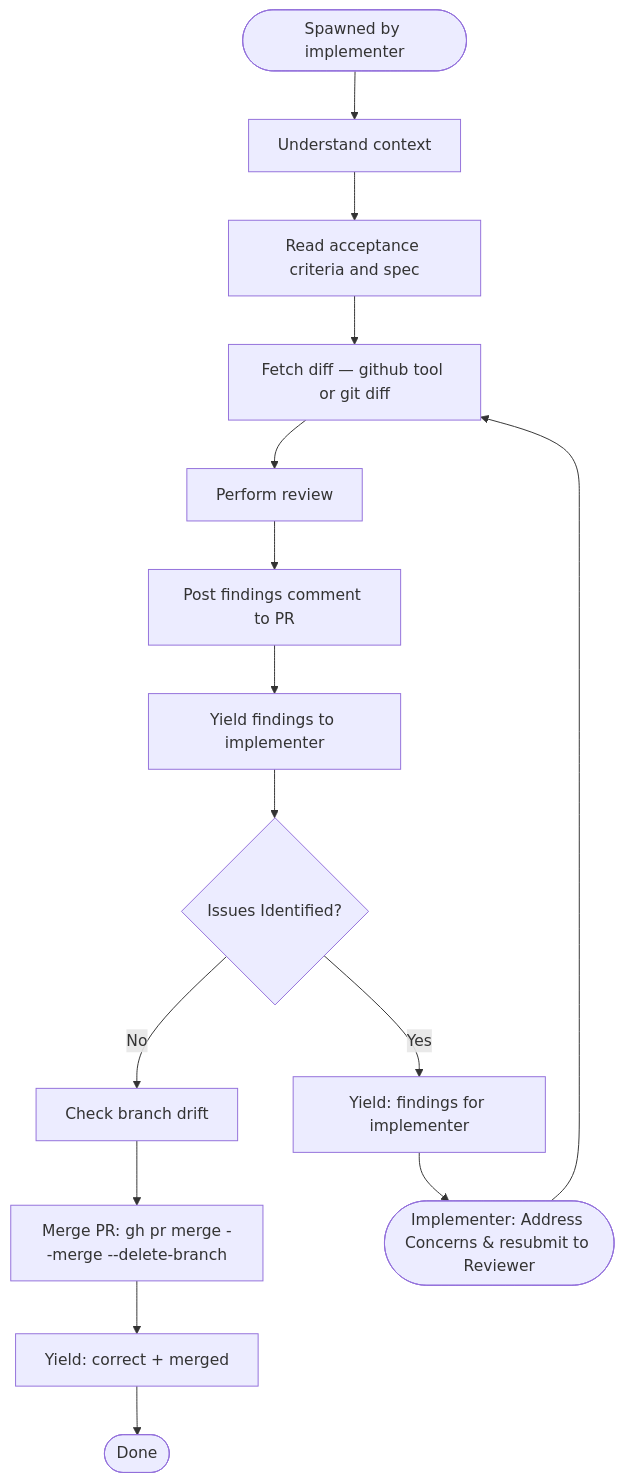
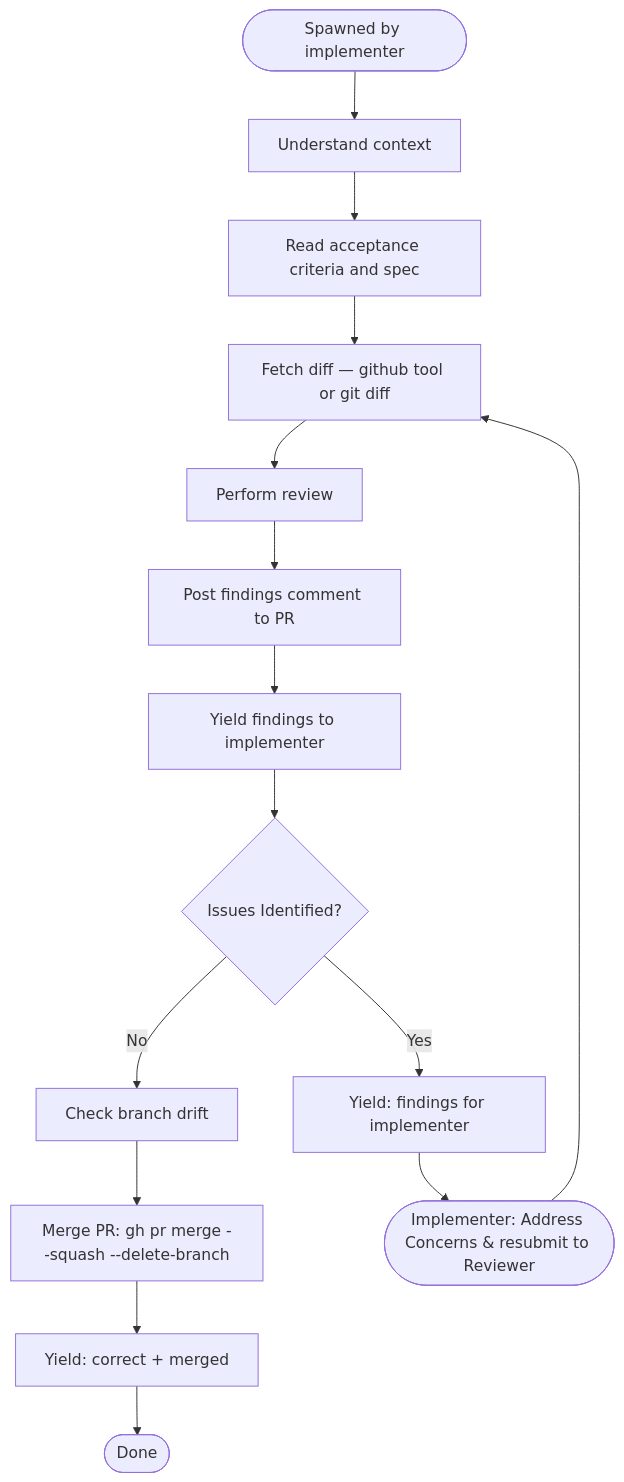
Before and after one commit to czer323/gtabs: the diagram in .omp/agents/pit-reviewer.md, drawn with Mermaid. The commit also changed other lines of this file and 3 other files, not shown here.

````diff
--- a/.omp/agents/pit-reviewer.md
+++ b/.omp/agents/pit-reviewer.md
@@ -64,20 +64,20 @@
 ```mermaid
 flowchart TD
     Start(["Spawned by implementer"]) --> Context[Understand context]
     Context --> A1[Read acceptance criteria and spec]
     A1 --> Fetch[Fetch diff — github tool or git diff]
     Fetch --> Review[Perform review]
 
     Review --> Post[Post findings comment to PR]
     Post --> Yield[Yield findings to implementer]
     Yield --> Decision{Issues Identified?}
 
     Decision -->|No| Drift[Check branch drift]
-    Drift --> Merge[Merge PR: gh pr merge --merge --delete-branch]
+    Drift --> Merge[Merge PR: gh pr merge --squash --delete-branch]
     Merge --> YieldApproved[Yield: correct + merged]
     YieldApproved --> Done(["Done"])
 
     Decision -->|Yes| YieldFindings[Yield: findings for implementer]
     YieldFindings --> Wait(["Implementer: Address Concerns & resubmit to Reviewer"])
     Wait --> Fetch
 ```
````
